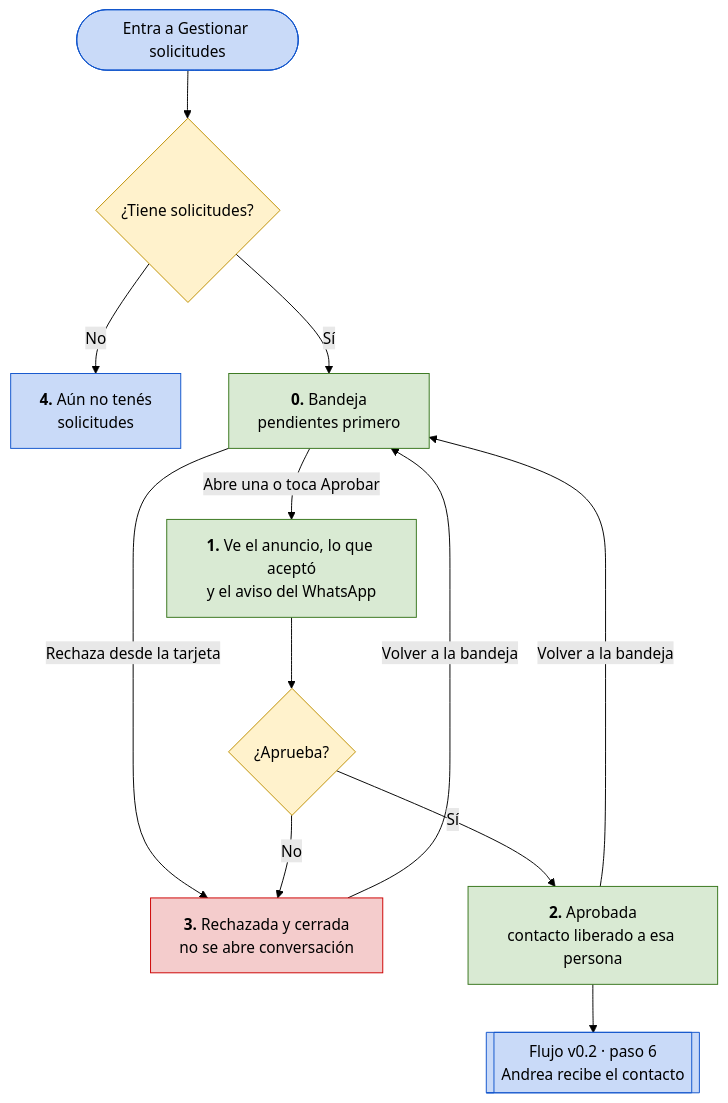
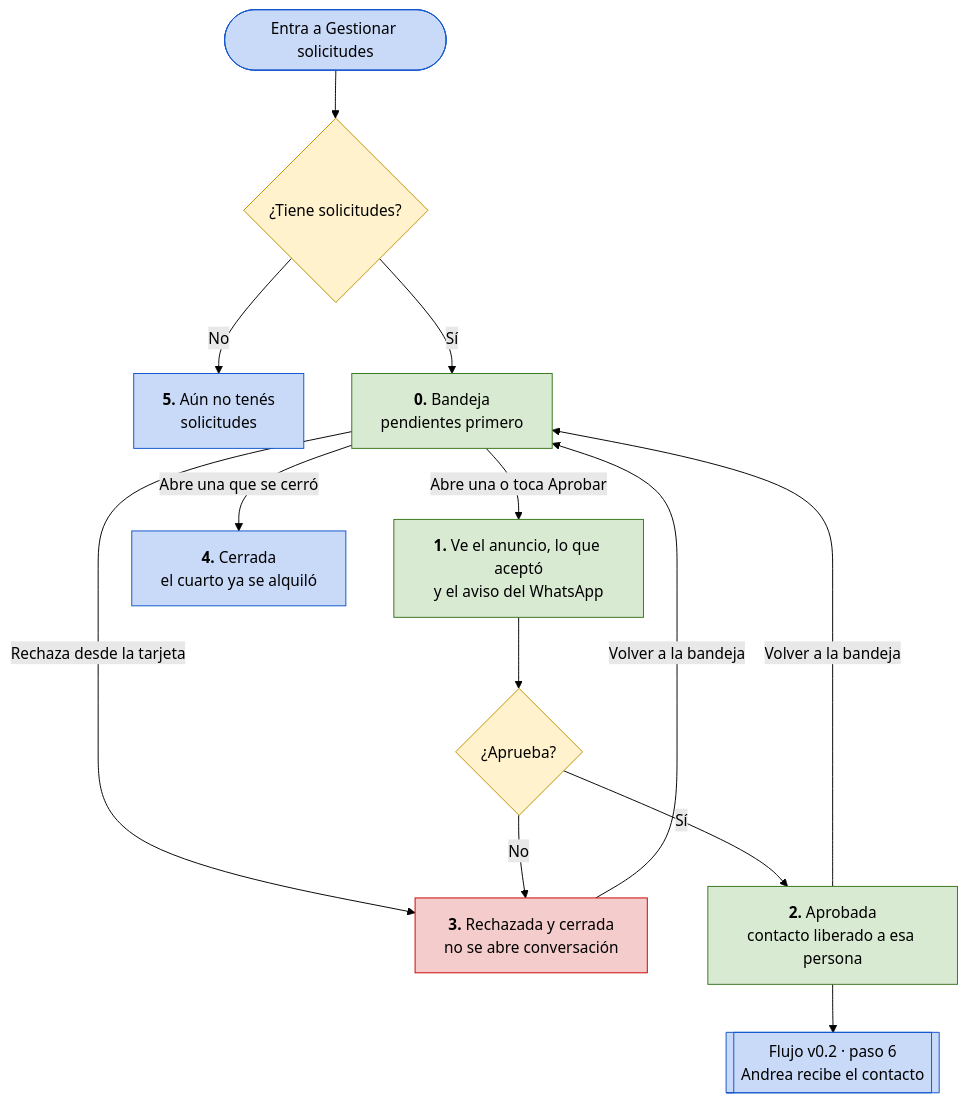
Before and after one commit to gadrilee/PetConnect: the diagram in flujo/flujo-v0.4.md, drawn with Mermaid (forest theme). The commit also changed other lines of this file and 25 other files, not shown here.

````diff
--- a/flujo/flujo-v0.4.md
+++ b/flujo/flujo-v0.4.md
@@ -19,28 +19,29 @@
 ```mermaid
 flowchart TD
     S([Entra a Gestionar solicitudes]) --> A{"¿Tiene solicitudes?"}
 
-    A -->|No| V["<b>4.</b> Aún no tenés<br/>solicitudes"]
+    A -->|No| V["<b>5.</b> Aún no tenés<br/>solicitudes"]
     A -->|Sí| B["<b>0.</b> Bandeja<br/>pendientes primero"]
 
     B -->|Abre una o toca Aprobar| D["<b>1.</b> Ve el anuncio, lo que aceptó<br/>y el aviso del WhatsApp"]
     B -->|Rechaza desde la tarjeta| R
 
     D --> C{"¿Aprueba?"}
     C -->|Sí| AP["<b>2.</b> Aprobada<br/>contacto liberado a esa persona"]
     C -->|No| R["<b>3.</b> Rechazada y cerrada<br/>no se abre conversación"]
+    B -->|Abre una que se cerró| CE["<b>4.</b> Cerrada<br/>el cuarto ya se alquiló"]
 
     AP --> F2[["Flujo v0.2 · paso 6<br/>Andrea recibe el contacto"]]
     AP -->|Volver a la bandeja| B
     R -->|Volver a la bandeja| B
 
     classDef paso fill:#d9ead3,stroke:#38761d,color:#000
     classDef error fill:#f4cccc,stroke:#cc0000,color:#000
     classDef borde fill:#c9daf8,stroke:#1155cc,color:#000
     classDef otro fill:#fff2cc,stroke:#bf9000,color:#000
 
     class B,D,AP paso
     class R error
-    class S,V,F2 borde
+    class S,V,F2,CE borde
     class A,C otro
 ```
````
